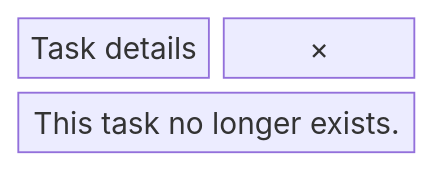
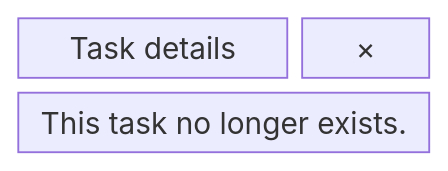
Diagram 15 of 15 in docs/ui.md (charlesmalo/FociToDo), drawn with Mermaid before and after one commit. The commit also changed other lines of this file and 25 other files, not shown here.

First line of the commit message:
docs(diagrams): match the wireframes and diagrams to the current UI and API

````diff
--- a/docs/ui.md
+++ b/docs/ui.md
@@ -252,6 +304,6 @@
 ```mermaid
 block-beta
-  columns 2
-  heading["Task details"] close["×"]
-  gone["This task no longer exists."]:2
+  columns 3
+  heading["Task details"]:2 close["×"]
+  gone["This task no longer exists."]:3
 ```
````
